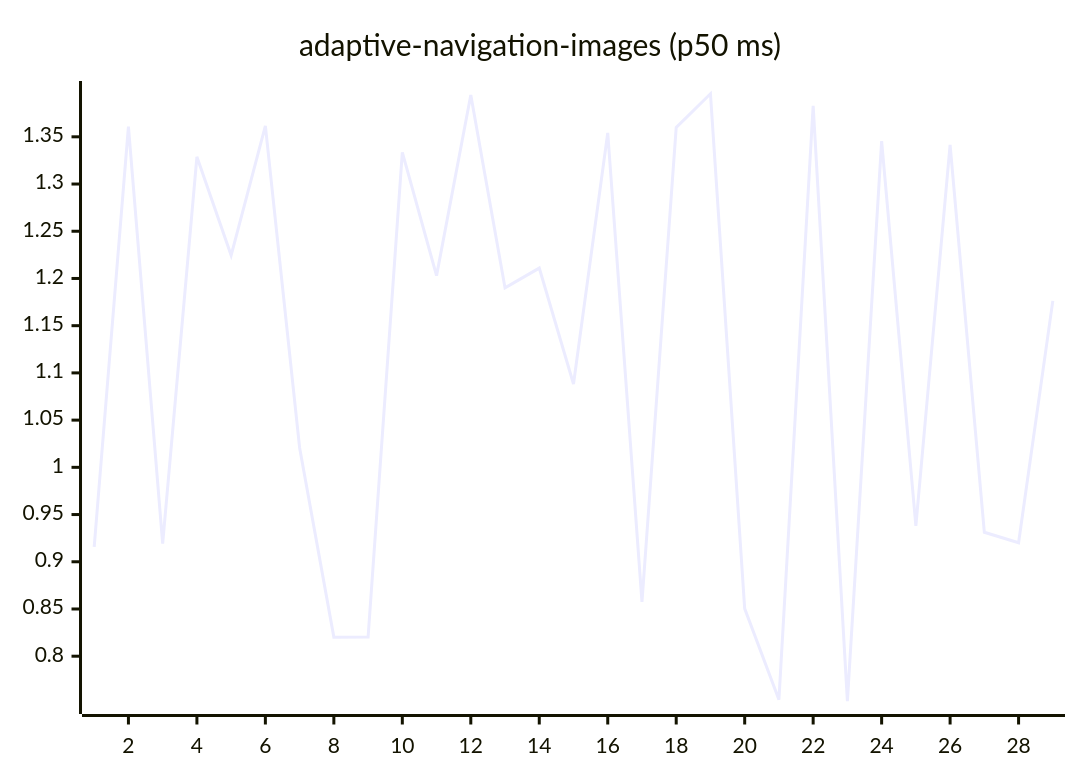
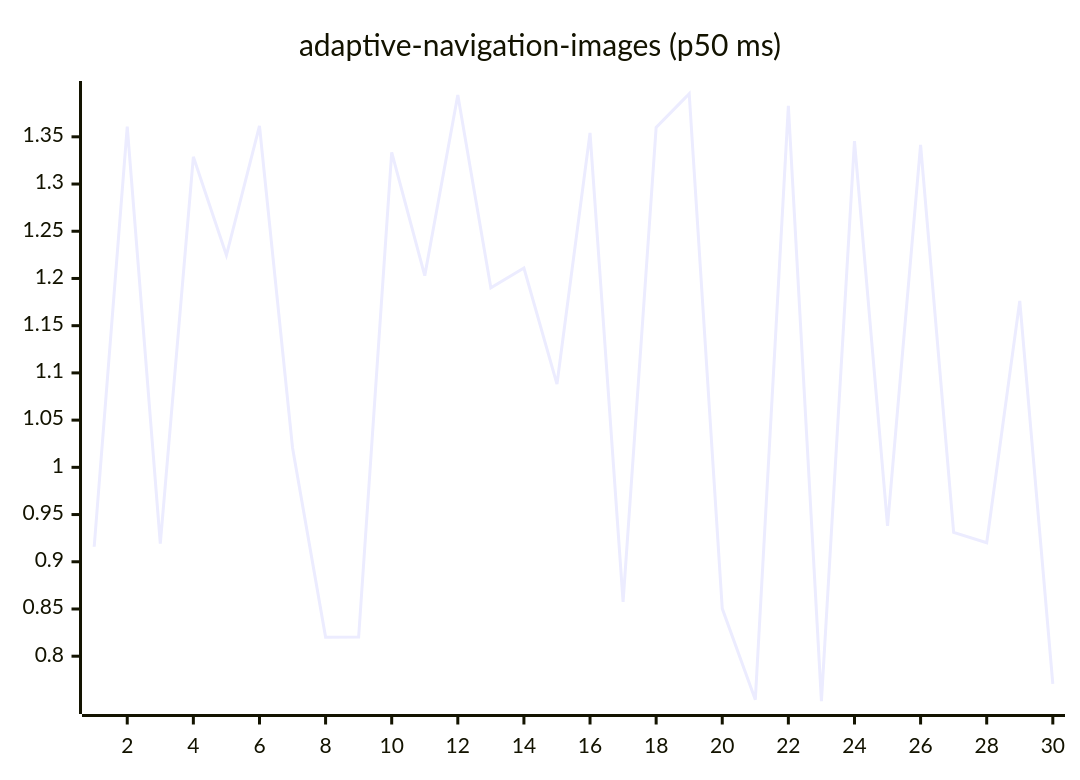
One commit to josha/Facet changed the first of 27 diagrams in README.md. Above: the diagram before and after it, drawn with Mermaid. The commit also changed other lines of this file and 2 other files, not shown here.

````diff
--- a/README.md
+++ b/README.md
@@ -63,6 +63,6 @@
 ```mermaid
 xychart-beta
     title "adaptive-navigation-images (p50 ms)"
-    x-axis 1 --> 29
-    line [0.9159, 1.3609, 0.9193, 1.3288, 1.2245, 1.3615, 1.0208, 0.8202, 0.8203, 1.3336, 1.2030, 1.3942, 1.1900, 1.2110, 1.0882, 1.3541, 0.8576, 1.3599, 1.3956, 0.8504, 0.7540, 1.3829, 0.7523, 1.3455, 0.9380, 1.3415, 0.9312, 0.9201, 1.1763]
+    x-axis 1 --> 30
+    line [0.9159, 1.3609, 0.9193, 1.3288, 1.2245, 1.3615, 1.0208, 0.8202, 0.8203, 1.3336, 1.2030, 1.3942, 1.1900, 1.2110, 1.0882, 1.3541, 0.8576, 1.3599, 1.3956, 0.8504, 0.7540, 1.3829, 0.7523, 1.3455, 0.9380, 1.3415, 0.9312, 0.9201, 1.1763, 0.7707]
 ```
````
